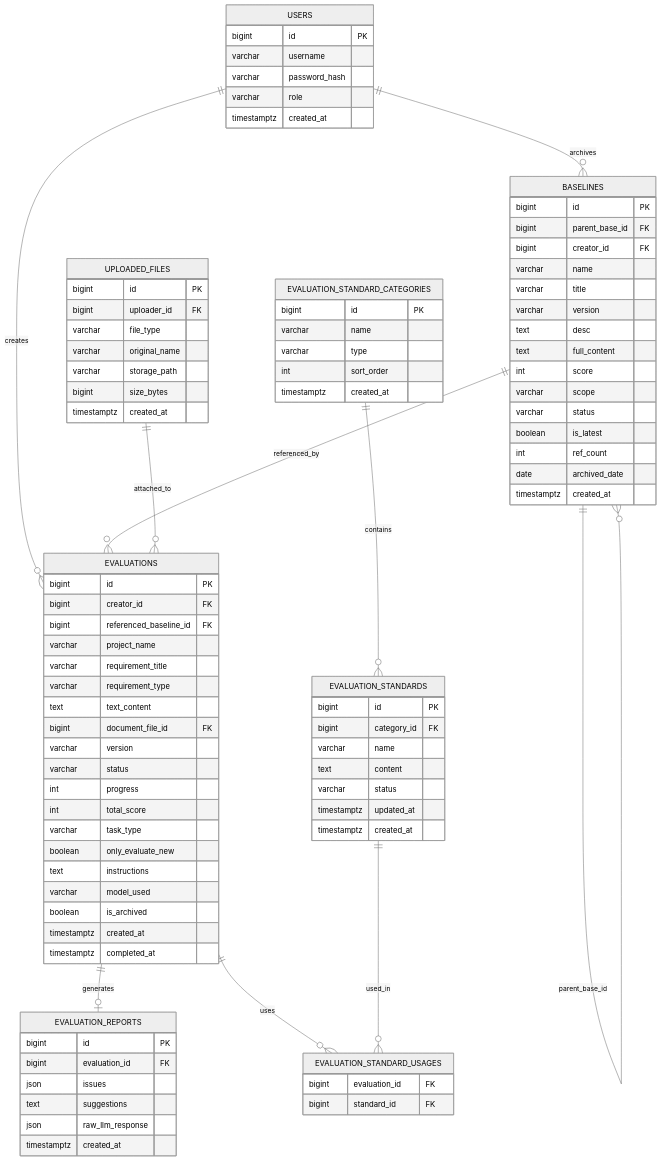
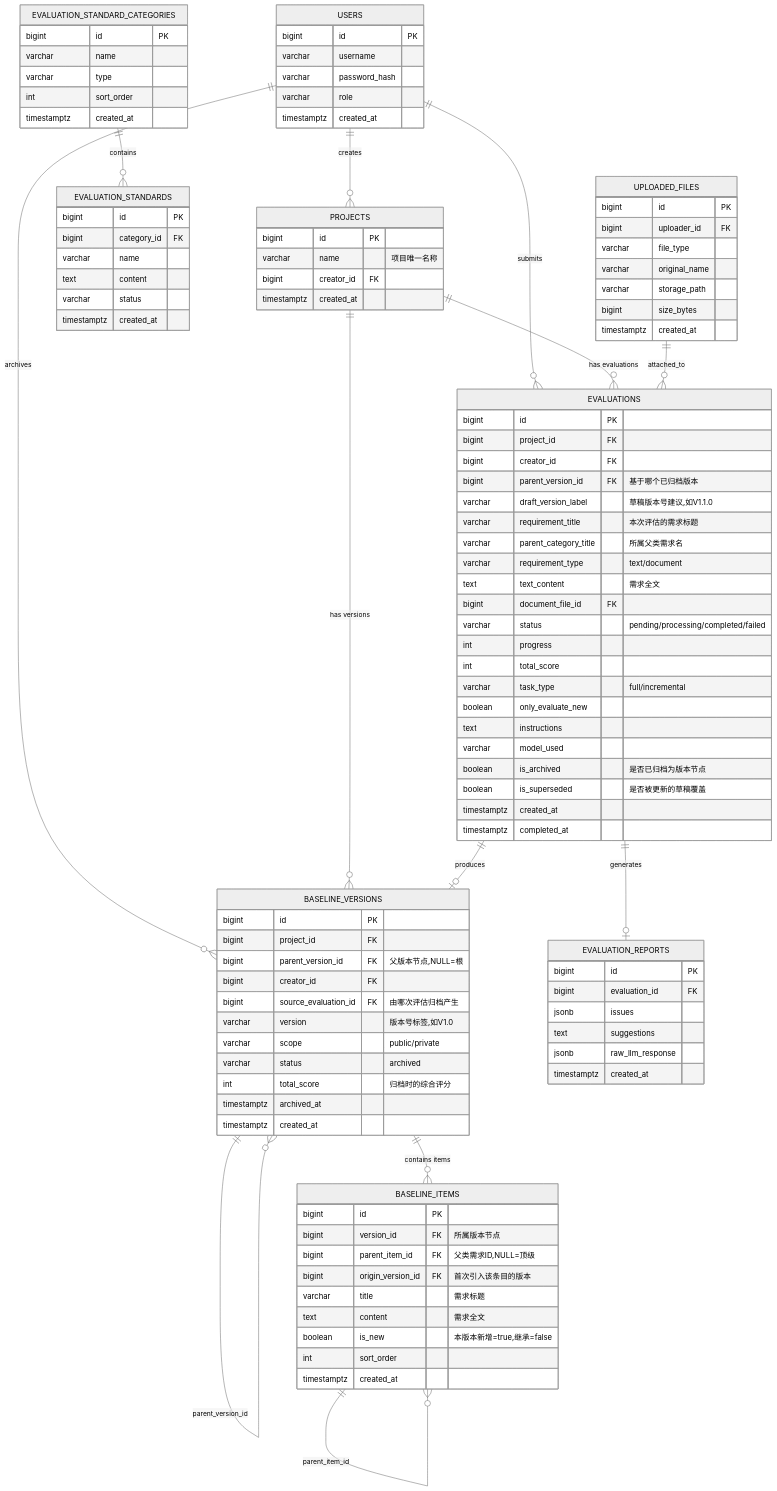
Before and after one commit to 1311259982/frontend: the diagram in DATABASE_DESIGN.md, drawn with Mermaid (neutral theme). The commit also changed other lines of this file and 2 other files, not shown here.

````diff
--- a/DATABASE_DESIGN.md
+++ b/DATABASE_DESIGN.md
@@ -18,11 +62,69 @@
         timestamptz created_at
     }
 
-    EVALUATION_STANDARD_CATEGORIES {
+    PROJECTS {
         bigint id PK
-        varchar name
-        varchar type
+        varchar name "项目唯一名称"
+        bigint creator_id FK
+        timestamptz created_at
+    }
+
+    BASELINE_VERSIONS {
+        bigint id PK
+        bigint project_id FK
+        bigint parent_version_id FK "父版本节点,NULL=根"
+        bigint creator_id FK
+        bigint source_evaluation_id FK "由哪次评估归档产生"
+        varchar version "版本号标签,如V1.0"
+        varchar scope "public/private"
+        varchar status "archived"
+        int total_score "归档时的综合评分"
+        timestamptz archived_at
+        timestamptz created_at
+    }
+
+    BASELINE_ITEMS {
+        bigint id PK
+        bigint version_id FK "所属版本节点"
+        bigint parent_item_id FK "父类需求ID,NULL=顶级"
+        bigint origin_version_id FK "首次引入该条目的版本"
+        varchar title "需求标题"
+        text content "需求全文"
+        boolean is_new "本版本新增=true,继承=false"
         int sort_order
+        timestamptz created_at
+    }
+
+    EVALUATIONS {
+        bigint id PK
+        bigint project_id FK
+        bigint creator_id FK
+        bigint parent_version_id FK "基于哪个已归档版本"
+        varchar draft_version_label "草稿版本号建议,如V1.1.0"
+        varchar requirement_title "本次评估的需求标题"
+        varchar parent_category_title "所属父类需求名"
+        varchar requirement_type "text/document"
+        text text_content "需求全文"
+        bigint document_file_id FK
+        varchar status "pending/processing/completed/failed"
+        int progress
+        int total_score
+        varchar task_type "full/incremental"
+        boolean only_evaluate_new
+        text instructions
+        varchar model_used
+        boolean is_archived "是否已归档为版本节点"
+        boolean is_superseded "是否被更新的草稿覆盖"
+        timestamptz created_at
+        timestamptz completed_at
+    }
+
+    EVALUATION_REPORTS {
+        bigint id PK
+        bigint evaluation_id FK
+        jsonb issues
+        text suggestions
+        jsonb raw_llm_response
         timestamptz created_at
     }
 
@@ -32,56 +134,14 @@
         varchar name
         text content
         varchar status
-        timestamptz updated_at
         timestamptz created_at
     }
 
-    BASELINES {
+    EVALUATION_STANDARD_CATEGORIES {
         bigint id PK
-        bigint parent_base_id FK
-        bigint creator_id FK
         varchar name
-        varchar title
-        varchar version
-        text desc
-        text full_content
-        int score
-        varchar scope
-        varchar status
-        boolean is_latest
-        int ref_count
-        date archived_date
-        timestamptz created_at
-    }
-
-    EVALUATIONS {
-        bigint id PK
-        bigint creator_id FK
-        bigint referenced_baseline_id FK
-        varchar project_name
-        varchar requirement_title
-        varchar requirement_type
-        text text_content
-        bigint document_file_id FK
-        varchar version
-        varchar status
-        int progress
-        int total_score
-        varchar task_type
-        boolean only_evaluate_new
-        text instructions
-        varchar model_used
-        boolean is_archived
-        timestamptz created_at
-        timestamptz completed_at
-    }
-
-    EVALUATION_REPORTS {
-        bigint id PK
-        bigint evaluation_id FK
-        json issues
-        text suggestions
-        json raw_llm_response
+        varchar type
+        int sort_order
         timestamptz created_at
     }
 
@@ -95,18 +155,16 @@
         timestamptz created_at
     }
 
-    EVALUATION_STANDARD_USAGES {
-        bigint evaluation_id FK
-        bigint standard_id FK
-    }
-
-    USERS ||--o{ EVALUATIONS : "creates"
-    USERS ||--o{ BASELINES : "archives"
-    BASELINES ||--o{ BASELINES : "parent_base_id"
-    BASELINES ||--o{ EVALUATIONS : "referenced_by"
+    USERS ||--o{ PROJECTS : "creates"
+    USERS ||--o{ EVALUATIONS : "submits"
+    USERS ||--o{ BASELINE_VERSIONS : "archives"
+    PROJECTS ||--o{ BASELINE_VERSIONS : "has versions"
+    PROJECTS ||--o{ EVALUATIONS : "has evaluations"
+    BASELINE_VERSIONS ||--o{ BASELINE_VERSIONS : "parent_version_id"
+    BASELINE_VERSIONS ||--o{ BASELINE_ITEMS : "contains items"
+    BASELINE_ITEMS ||--o{ BASELINE_ITEMS : "parent_item_id"
+    EVALUATIONS ||--o| BASELINE_VERSIONS : "produces"
     EVALUATIONS ||--o| EVALUATION_REPORTS : "generates"
-    EVALUATIONS ||--o{ EVALUATION_STANDARD_USAGES : "uses"
-    EVALUATION_STANDARDS ||--o{ EVALUATION_STANDARD_USAGES : "used_in"
     EVALUATION_STANDARD_CATEGORIES ||--o{ EVALUATION_STANDARDS : "contains"
     UPLOADED_FILES ||--o{ EVALUATIONS : "attached_to"
 ```
````
